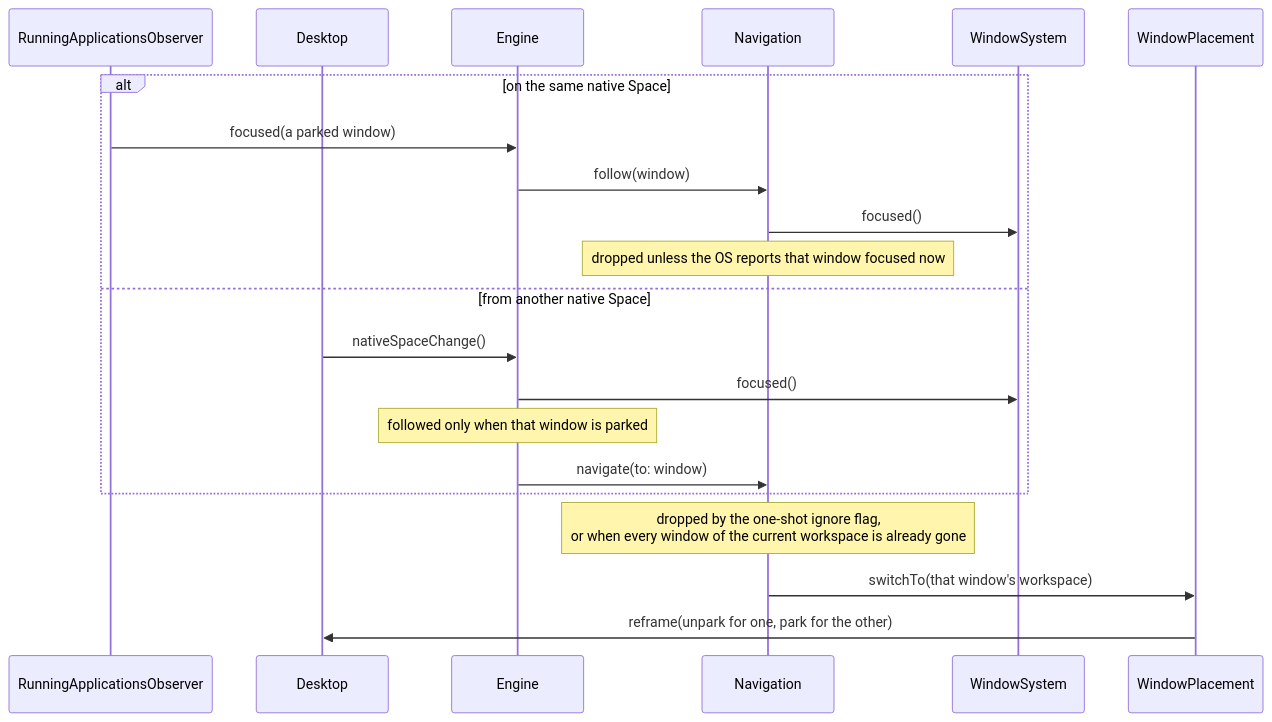
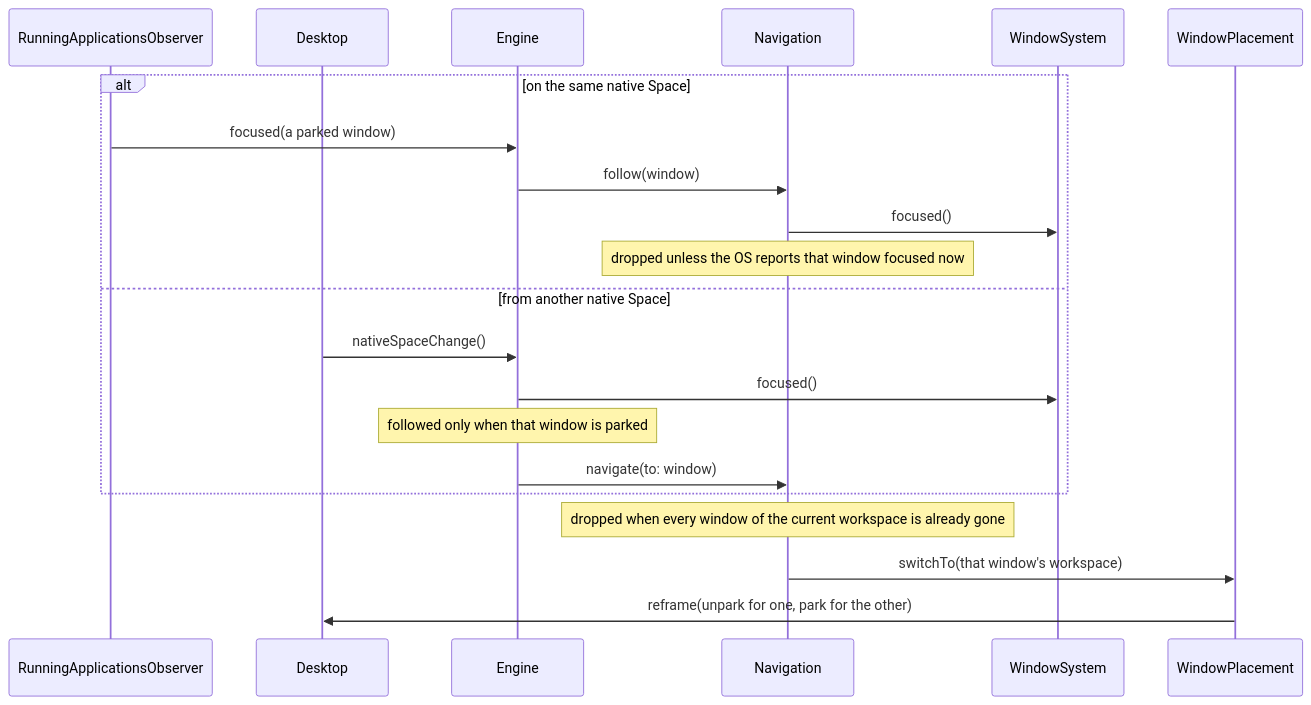
One commit to brennovich/ottowm changed diagram 14 of 22 in ARCHITECTURE.md. Above: the diagram before and after it, drawn with Mermaid. The commit also changed other lines of this file and 16 other files, not shown here.

````diff
--- a/ARCHITECTURE.md
+++ b/ARCHITECTURE.md
@@ -337,24 +339,24 @@
 ```mermaid
 sequenceDiagram
     participant RunningApplicationsObserver
     participant Desktop
     participant Engine
     participant Navigation
     participant WindowSystem
     participant WindowPlacement
 
     alt on the same native Space
         RunningApplicationsObserver->>Engine: focused(a parked window)
         Engine->>Navigation: follow(window)
         Navigation->>WindowSystem: focused()
         Note over Navigation: dropped unless the OS reports that window focused now
     else from another native Space
         Desktop->>Engine: nativeSpaceChange()
         Engine->>WindowSystem: focused()
         Note over Engine: followed only when that window is parked
         Engine->>Navigation: navigate(to: window)
     end
-    Note over Navigation: dropped by the one-shot ignore flag,<br/>or when every window of the current workspace is already gone
+    Note over Navigation: dropped when every window of the current workspace is already gone
     Navigation->>WindowPlacement: switchTo(that window's workspace)
     WindowPlacement->>Desktop: reframe(unpark for one, park for the other)
 ```
````
